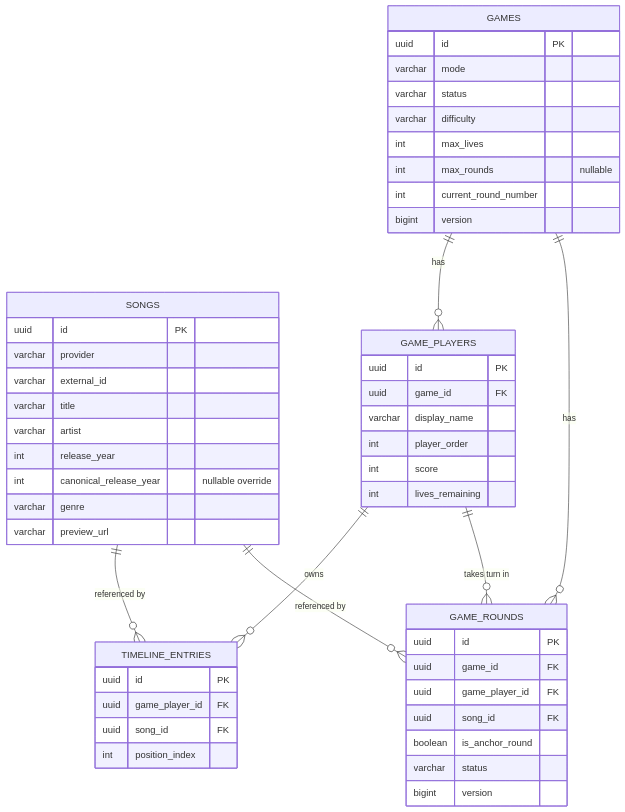
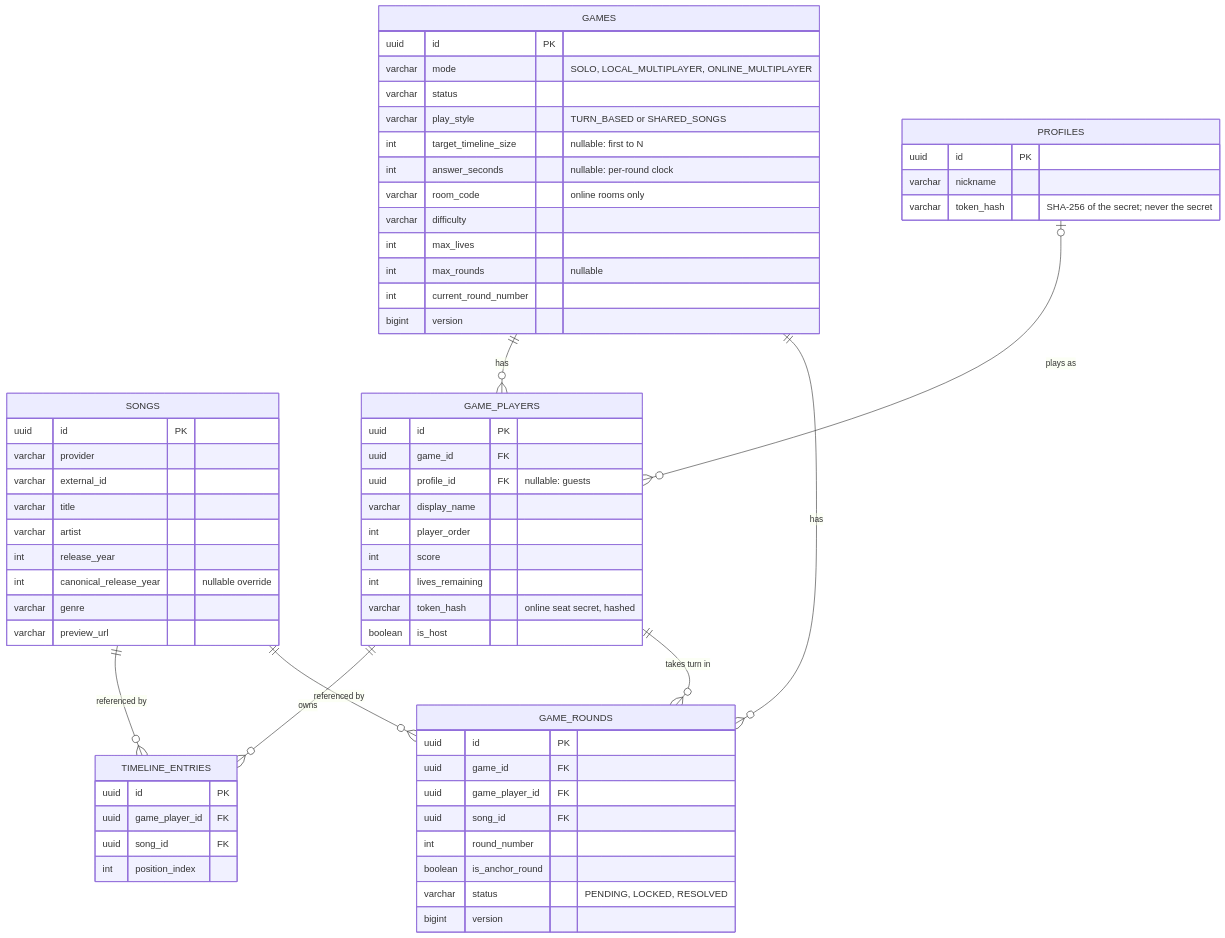
Before and after one commit to ancarret/chronobeat: the second of 2 diagrams in README.md, drawn with Mermaid. The commit also changed other lines of this file and 9 other files, not shown here.

First line of the commit message:
Keep the timeline on screen on phones; document the new modes

````diff
--- a/README.md
+++ b/README.md
@@ -108,54 +148,68 @@
 ```mermaid
 erDiagram
     SONGS ||--o{ TIMELINE_ENTRIES : "referenced by"
     SONGS ||--o{ GAME_ROUNDS : "referenced by"
     GAMES ||--o{ GAME_PLAYERS : has
     GAMES ||--o{ GAME_ROUNDS : has
+    PROFILES |o--o{ GAME_PLAYERS : "plays as"
     GAME_PLAYERS ||--o{ TIMELINE_ENTRIES : owns
     GAME_PLAYERS ||--o{ GAME_ROUNDS : "takes turn in"
 
+    PROFILES {
+        uuid id PK
+        varchar nickname
+        varchar token_hash "SHA-256 of the secret; never the secret"
+    }
     SONGS {
         uuid id PK
         varchar provider
         varchar external_id
         varchar title
         varchar artist
         int release_year
         int canonical_release_year "nullable override"
         varchar genre
         varchar preview_url
     }
     GAMES {
         uuid id PK
-        varchar mode
+        varchar mode "SOLO, LOCAL_MULTIPLAYER, ONLINE_MULTIPLAYER"
         varchar status
+        varchar play_style "TURN_BASED or SHARED_SONGS"
+        int target_timeline_size "nullable: first to N"
+        int answer_seconds "nullable: per-round clock"
+        varchar room_code "online rooms only"
         varchar difficulty
         int max_lives
         int max_rounds "nullable"
         int current_round_number
         bigint version
     }
     GAME_PLAYERS {
         uuid id PK
         uuid game_id FK
+        uuid profile_id FK "nullable: guests"
         varchar display_name
         int player_order
         int score
         int lives_remaining
+        varchar token_hash "online seat secret, hashed"
+        boolean is_host
     }
     TIMELINE_ENTRIES {
         uuid id PK
         uuid game_player_id FK
         uuid song_id FK
         int position_index
     }
     GAME_ROUNDS {
         uuid id PK
         uuid game_id FK
         uuid game_player_id FK
         uuid song_id FK
+        int round_number
         boolean is_anchor_round
-        varchar status
+        varchar status "PENDING, LOCKED, RESOLVED"
         bigint version
     }
 ```
````
